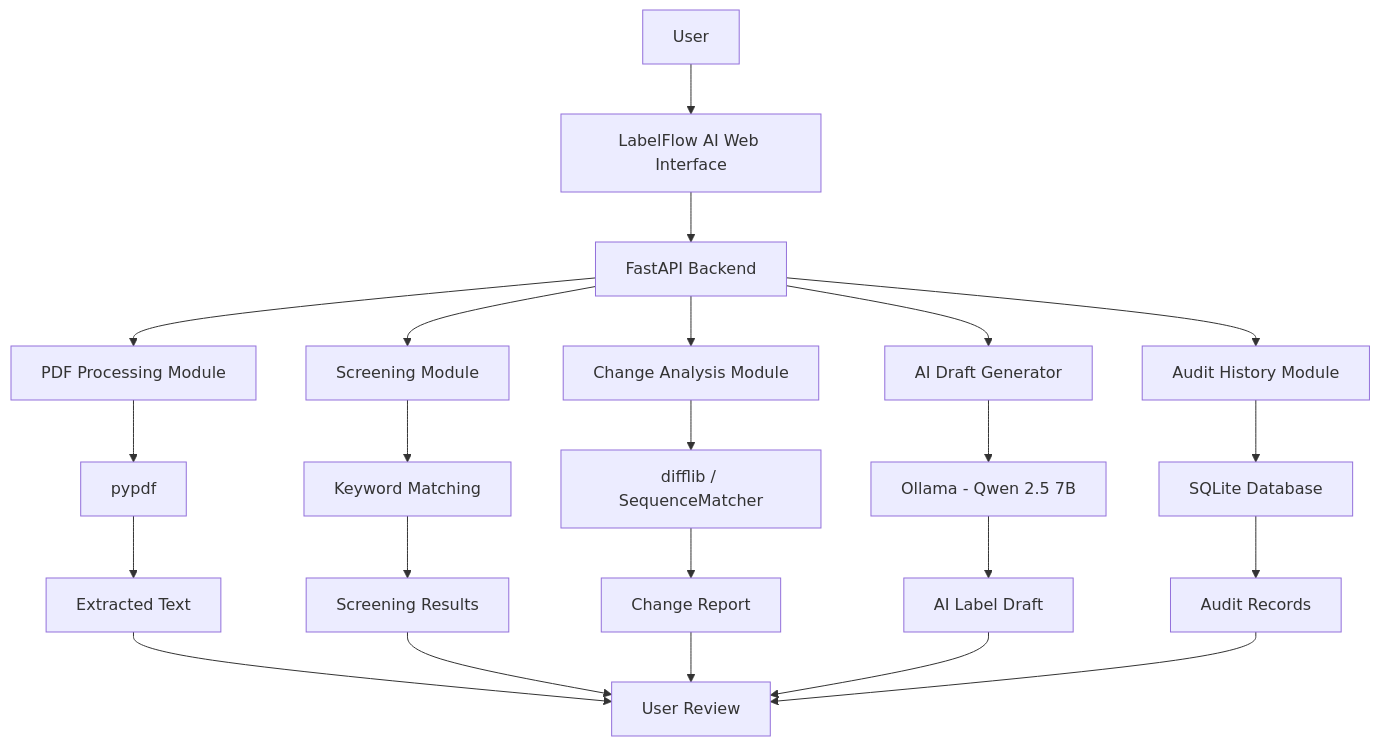
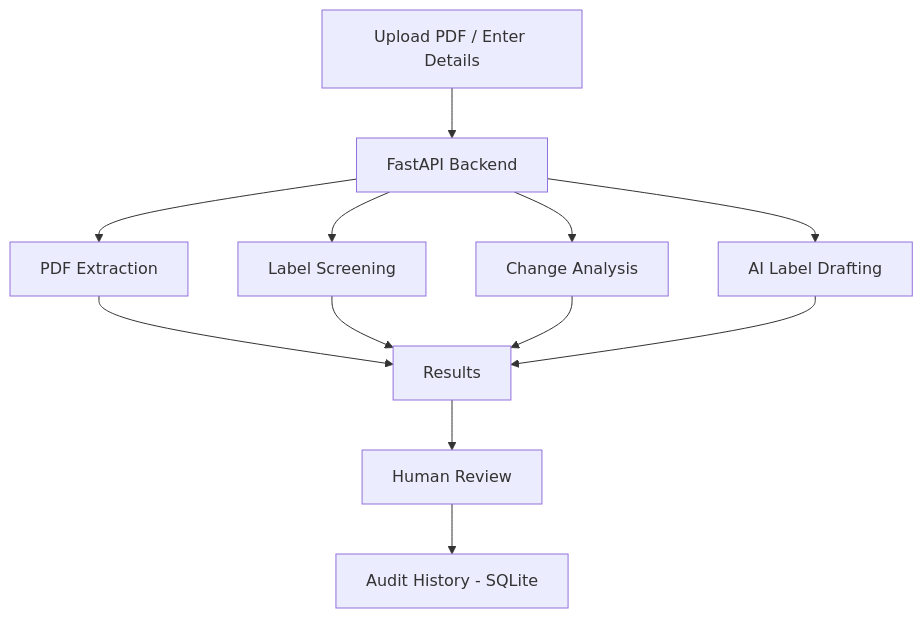
One commit to sharanya-71/LabelFlow-AI changed the diagram in README.md. Above: the diagram before and after it, drawn with Mermaid. The commit also changed other lines of this file, not shown here.

````diff
--- a/README.md
+++ b/README.md
@@ -197,29 +15,14 @@
 ```mermaid
 flowchart TD
-    A["User"] --> B["LabelFlow AI Web Interface"]
-    B --> C["FastAPI Backend"]
-
-    C --> D["PDF Processing Module"]
-    C --> E["Screening Module"]
-    C --> F["Change Analysis Module"]
-    C --> G["AI Draft Generator"]
-    C --> H["Audit History Module"]
-
-    D --> I["pypdf"]
-    E --> J["Keyword Matching"]
-    F --> K["difflib / SequenceMatcher"]
-    G --> L["Ollama - Qwen 2.5 7B"]
-    H --> M["SQLite Database"]
-
-    I --> N["Extracted Text"]
-    J --> O["Screening Results"]
-    K --> P["Change Report"]
-    L --> Q["AI Label Draft"]
-    M --> R["Audit Records"]
-
-    N --> S["User Review"]
-    O --> S
-    P --> S
-    Q --> S
-    R --> S
+    A[Upload PDF / Enter Details] --> B[FastAPI Backend]
+    B --> C[PDF Extraction]
+    B --> D[Label Screening]
+    B --> E[Change Analysis]
+    B --> F[AI Label Drafting]
+    C --> G[Results]
+    D --> G
+    E --> G
+    F --> G
+    G --> H[Human Review]
+    H --> I[Audit History - SQLite]
 ```
````
